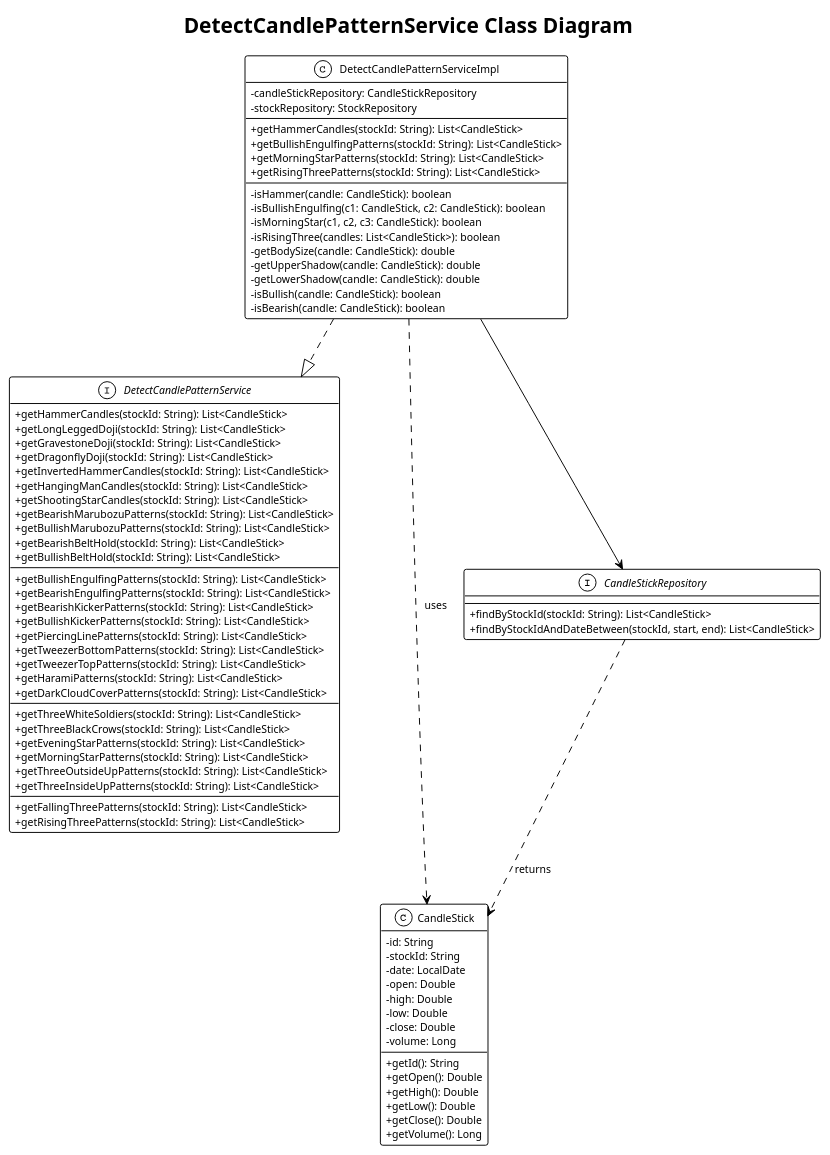
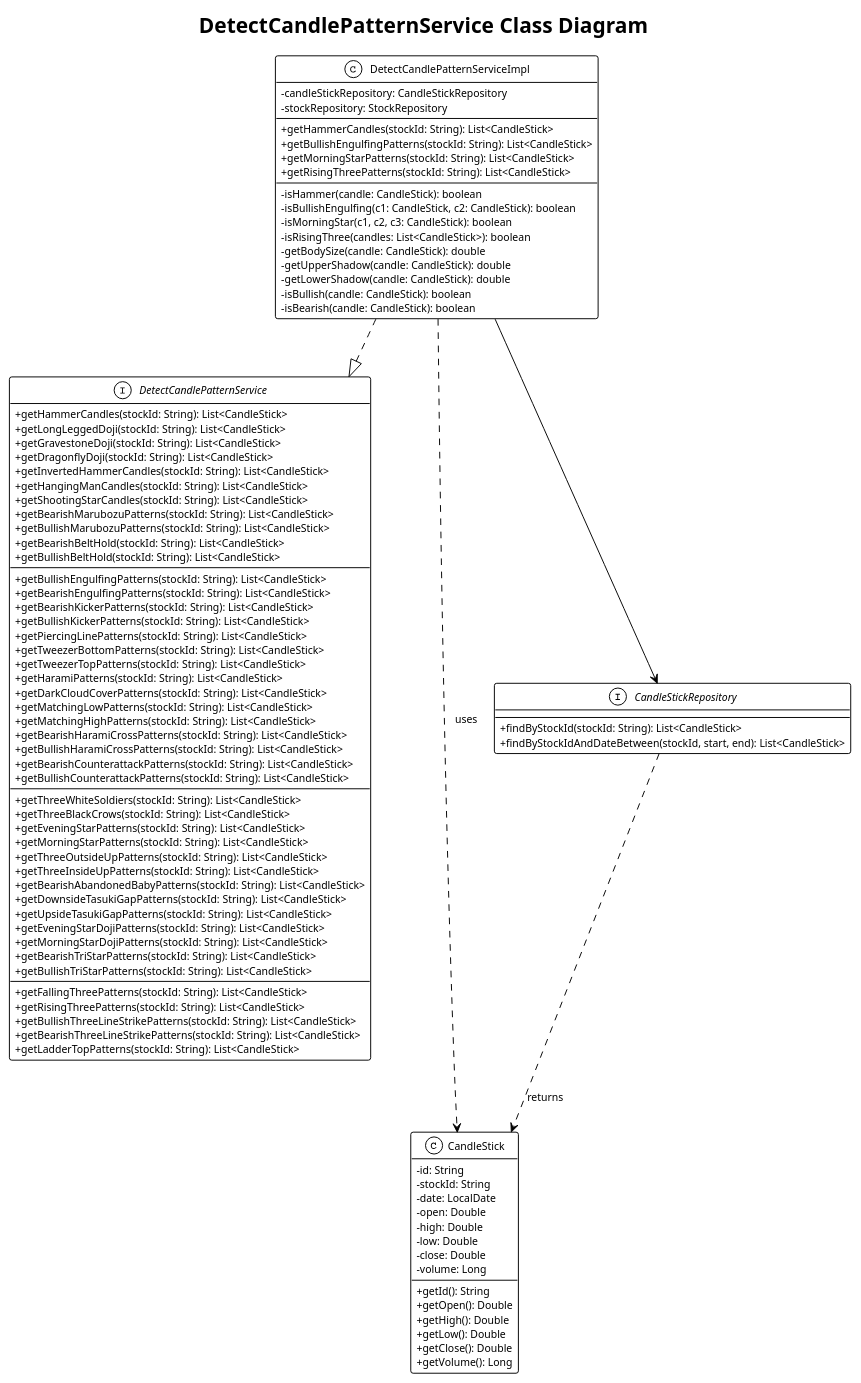
Before and after one commit to enel2906/graduation-thesis-diagram: the diagram in chapter4/detect-pattern-class.puml, drawn with PlantUML. The commit also changed 38 other files, not shown here.

```diff
--- a/chapter4/detect-pattern-class.puml
+++ b/chapter4/detect-pattern-class.puml
@@ -1,97 +1,113 @@
 @startuml detect-pattern-class
 
 !theme plain
 skinparam backgroundColor #FFFFFF
 skinparam classAttributeIconSize 0
 skinparam defaultFontName Arial
 skinparam defaultFontSize 11
 
 title DetectCandlePatternService Class Diagram
 
 interface DetectCandlePatternService {
-    ' One candle patterns
+    ' One candle patterns (11 patterns)
     + getHammerCandles(stockId: String): List<CandleStick>
     + getLongLeggedDoji(stockId: String): List<CandleStick>
     + getGravestoneDoji(stockId: String): List<CandleStick>
     + getDragonflyDoji(stockId: String): List<CandleStick>
     + getInvertedHammerCandles(stockId: String): List<CandleStick>
     + getHangingManCandles(stockId: String): List<CandleStick>
     + getShootingStarCandles(stockId: String): List<CandleStick>
     + getBearishMarubozuPatterns(stockId: String): List<CandleStick>
     + getBullishMarubozuPatterns(stockId: String): List<CandleStick>
     + getBearishBeltHold(stockId: String): List<CandleStick>
     + getBullishBeltHold(stockId: String): List<CandleStick>
     __
-    ' Two candle patterns
+    ' Two candle patterns (15 patterns)
     + getBullishEngulfingPatterns(stockId: String): List<CandleStick>
     + getBearishEngulfingPatterns(stockId: String): List<CandleStick>
     + getBearishKickerPatterns(stockId: String): List<CandleStick>
     + getBullishKickerPatterns(stockId: String): List<CandleStick>
     + getPiercingLinePatterns(stockId: String): List<CandleStick>
     + getTweezerBottomPatterns(stockId: String): List<CandleStick>
     + getTweezerTopPatterns(stockId: String): List<CandleStick>
     + getHaramiPatterns(stockId: String): List<CandleStick>
     + getDarkCloudCoverPatterns(stockId: String): List<CandleStick>
+    + getMatchingLowPatterns(stockId: String): List<CandleStick>
+    + getMatchingHighPatterns(stockId: String): List<CandleStick>
+    + getBearishHaramiCrossPatterns(stockId: String): List<CandleStick>
+    + getBullishHaramiCrossPatterns(stockId: String): List<CandleStick>
+    + getBearishCounterattackPatterns(stockId: String): List<CandleStick>
+    + getBullishCounterattackPatterns(stockId: String): List<CandleStick>
     __
-    ' Three candle patterns
+    ' Three candle patterns (18 patterns)
     + getThreeWhiteSoldiers(stockId: String): List<CandleStick>
     + getThreeBlackCrows(stockId: String): List<CandleStick>
     + getEveningStarPatterns(stockId: String): List<CandleStick>
     + getMorningStarPatterns(stockId: String): List<CandleStick>
     + getThreeOutsideUpPatterns(stockId: String): List<CandleStick>
     + getThreeInsideUpPatterns(stockId: String): List<CandleStick>
+    + getBearishAbandonedBabyPatterns(stockId: String): List<CandleStick>
+    + getDownsideTasukiGapPatterns(stockId: String): List<CandleStick>
+    + getUpsideTasukiGapPatterns(stockId: String): List<CandleStick>
+    + getEveningStarDojiPatterns(stockId: String): List<CandleStick>
+    + getMorningStarDojiPatterns(stockId: String): List<CandleStick>
+    + getBearishTriStarPatterns(stockId: String): List<CandleStick>
+    + getBullishTriStarPatterns(stockId: String): List<CandleStick>
     __
-    ' Multi candle patterns
+    ' Multi candle patterns (5 patterns)
     + getFallingThreePatterns(stockId: String): List<CandleStick>
     + getRisingThreePatterns(stockId: String): List<CandleStick>
+    + getBullishThreeLineStrikePatterns(stockId: String): List<CandleStick>
+    + getBearishThreeLineStrikePatterns(stockId: String): List<CandleStick>
+    + getLadderTopPatterns(stockId: String): List<CandleStick>
 }
 
 class DetectCandlePatternServiceImpl {
     - candleStickRepository: CandleStickRepository
     - stockRepository: StockRepository
     __
     + getHammerCandles(stockId: String): List<CandleStick>
     + getBullishEngulfingPatterns(stockId: String): List<CandleStick>
     + getMorningStarPatterns(stockId: String): List<CandleStick>
     + getRisingThreePatterns(stockId: String): List<CandleStick>
     __
     - isHammer(candle: CandleStick): boolean
     - isBullishEngulfing(c1: CandleStick, c2: CandleStick): boolean
     - isMorningStar(c1, c2, c3: CandleStick): boolean
     - isRisingThree(candles: List<CandleStick>): boolean
     - getBodySize(candle: CandleStick): double
     - getUpperShadow(candle: CandleStick): double
     - getLowerShadow(candle: CandleStick): double
     - isBullish(candle: CandleStick): boolean
     - isBearish(candle: CandleStick): boolean
 }
 
 class CandleStick {
     - id: String
     - stockId: String
     - date: LocalDate
     - open: Double
     - high: Double
     - low: Double
     - close: Double
     - volume: Long
     __
     + getId(): String
     + getOpen(): Double
     + getHigh(): Double
     + getLow(): Double
     + getClose(): Double
     + getVolume(): Long
 }
 
 interface CandleStickRepository {
     + findByStockId(stockId: String): List<CandleStick>
     + findByStockIdAndDateBetween(stockId, start, end): List<CandleStick>
 }
 
 DetectCandlePatternServiceImpl ..|> DetectCandlePatternService
 DetectCandlePatternServiceImpl --> CandleStickRepository
 DetectCandlePatternServiceImpl ..> CandleStick : uses
 CandleStickRepository ..> CandleStick : returns
 
 @enduml
```
